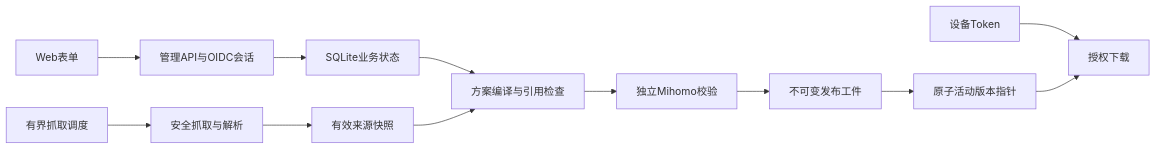
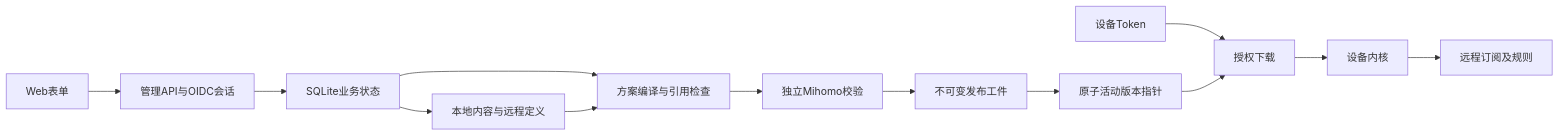
Before and after one commit to fjzhangZzzzzz/subweft: the diagram in docs/architecture.md, drawn with Mermaid. The commit also changed other lines of this file and 40 other files, not shown here.

````diff
--- a/docs/architecture.md
+++ b/docs/architecture.md
@@ -9,14 +9,15 @@
 ```mermaid
 flowchart LR
     Admin[Web表单] --> API[管理API与OIDC会话]
     API --> State[SQLite业务状态]
-    Scheduler[有界抓取调度] --> Fetch[安全抓取与解析]
-    Fetch --> Sources[有效来源快照]
+    State --> Sources[本地内容与远程定义]
     State --> Compile[方案编译与引用检查]
     Sources --> Compile
     Compile --> Validate[独立Mihomo校验]
     Validate --> Releases[不可变发布工件]
     Releases --> Active[原子活动版本指针]
     Device[设备Token] --> Download[授权下载]
     Active --> Download
+    Download --> Client[设备内核]
+    Client --> Upstream[远程订阅及规则]
 ```
````
